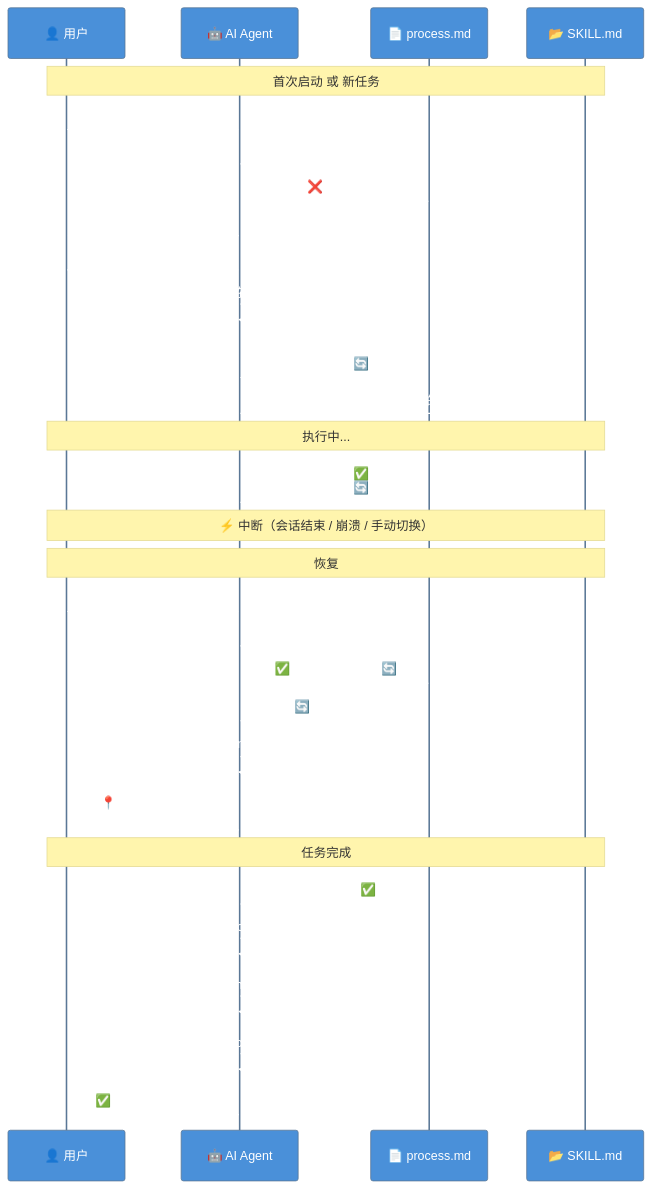
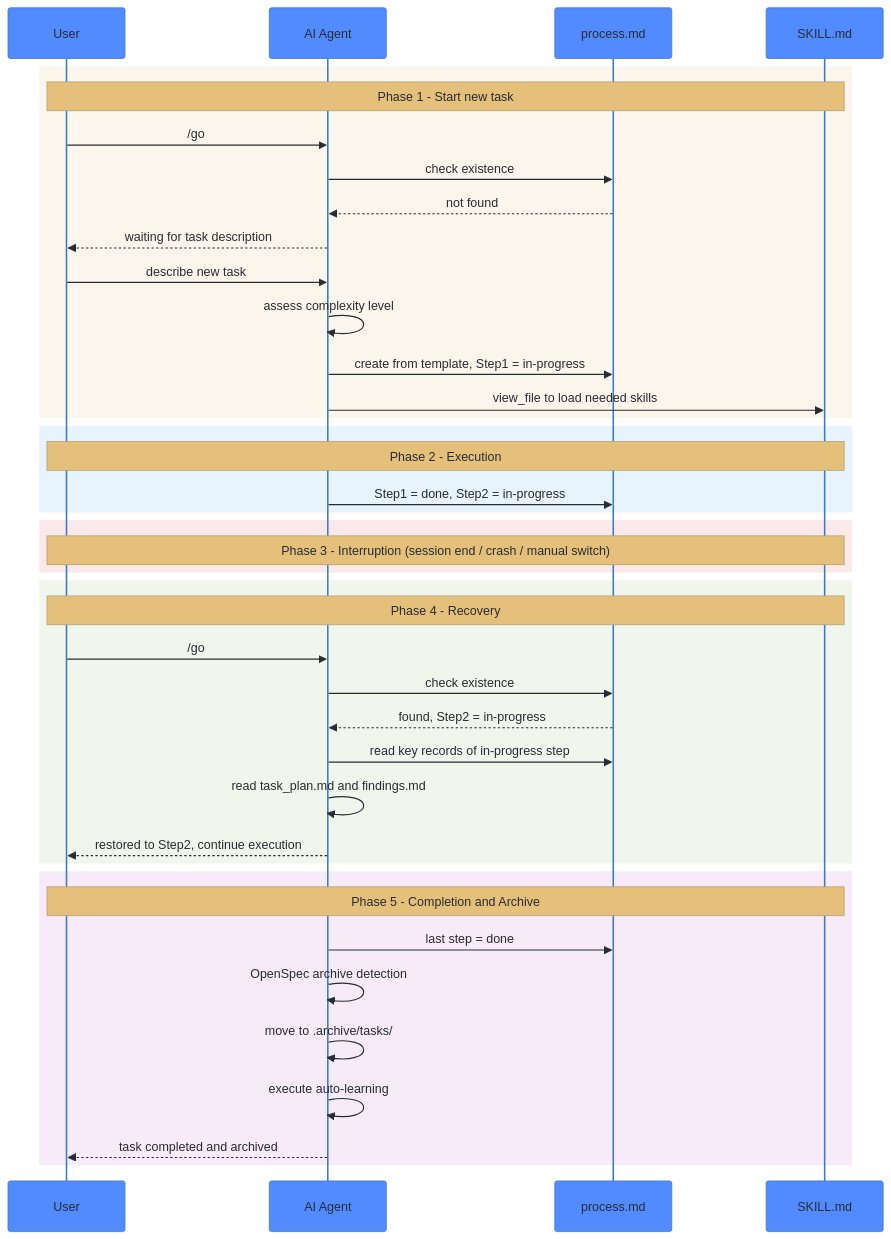
The diagram in docs/mermaid-src/06-recovery.mmd (parker-swj/dev-skills-kit), drawn with Mermaid before and after one commit. The commit also changed 1 other file, not shown here.

Commit message:
fix: 修复 06-recovery 时序图渲染问题（去 emoji，用 rect 分区）

```diff
--- a/docs/mermaid-src/06-recovery.mmd
+++ b/docs/mermaid-src/06-recovery.mmd
@@ -1,38 +1,47 @@
-%%{init: {'theme': 'base', 'themeVariables': {'primaryColor': '#4A90D9', 'primaryTextColor': '#fff', 'lineColor': '#5C6370'}}}%%
+%%{init: {'theme': 'base', 'themeVariables': {'primaryColor': '#4A90D9', 'primaryTextColor': '#fff', 'lineColor': '#5C6370', 'actorTextColor': '#282C34', 'actorBkg': '#528BFF', 'actorBorder': '#3A7BC8', 'signalColor': '#282C34', 'signalTextColor': '#282C34', 'noteBkgColor': '#E5C07B', 'noteTextColor': '#282C34', 'activationBkgColor': '#61AFEF', 'activationBorderColor': '#528BFF', 'sequenceNumberColor': '#fff'}}}%%
 
 sequenceDiagram
-    participant U as 👤 用户
-    participant AI as 🤖 AI Agent
-    participant PM as 📄 process.md
-    participant SK as 📂 SKILL.md
+    participant U as User
+    participant AI as AI Agent
+    participant PM as process.md
+    participant SK as SKILL.md
 
-    Note over U,SK: 首次启动 或 新任务
+    rect rgba(229, 192, 123, 0.15)
+    Note over U,SK: Phase 1 - Start new task
     U->>AI: /go
-    AI->>PM: 检查 process.md 存在？
-    PM-->>AI: ❌ 不存在
-    AI-->>U: 等待新需求描述
+    AI->>PM: check existence
+    PM-->>AI: not found
+    AI-->>U: waiting for task description
+    U->>AI: describe new task
+    AI->>AI: assess complexity level
+    AI->>PM: create from template, Step1 = in-progress
+    AI->>SK: view_file to load needed skills
+    end
 
-    U->>AI: 描述新需求
-    AI->>AI: 评估复杂度等级
-    AI->>PM: 从模板创建 process.md<br/>Step 1 → 🔄
-    AI->>SK: view_file 读取需要的 SKILL.md
+    rect rgba(97, 175, 239, 0.15)
+    Note over U,SK: Phase 2 - Execution
+    AI->>PM: Step1 = done, Step2 = in-progress
+    end
 
-    Note over U,SK: 执行中...
-    AI->>PM: Step 1 → ✅<br/>Step 2 → 🔄
+    rect rgba(224, 108, 117, 0.15)
+    Note over U,SK: Phase 3 - Interruption (session end / crash / manual switch)
+    end
 
-    Note over U,SK: ⚡ 中断（会话结束 / 崩溃 / 手动切换）
+    rect rgba(152, 195, 121, 0.15)
+    Note over U,SK: Phase 4 - Recovery
+    U->>AI: /go
+    AI->>PM: check existence
+    PM-->>AI: found, Step2 = in-progress
+    AI->>PM: read key records of in-progress step
+    AI->>AI: read task_plan.md and findings.md
+    AI-->>U: restored to Step2, continue execution
+    end
 
-    Note over U,SK: 恢复
-    U->>AI: /go
-    AI->>PM: 检查 process.md 存在？
-    PM-->>AI: ✅ 存在，Step 2 = 🔄
-    AI->>PM: 读取 🔄 步骤的关键记录
-    AI->>AI: 读取 task_plan.md / findings.md
-    AI-->>U: 📍 已恢复到 Step 2<br/>继续执行...
-
-    Note over U,SK: 任务完成
-    AI->>PM: 最后一步 → ✅
-    AI->>AI: OpenSpec 归档检测
-    AI->>AI: 移入 .archive/tasks/
-    AI->>AI: 执行 auto-learning
-    AI-->>U: ✅ 任务已完成并归档
+    rect rgba(198, 120, 221, 0.15)
+    Note over U,SK: Phase 5 - Completion and Archive
+    AI->>PM: last step = done
+    AI->>AI: OpenSpec archive detection
+    AI->>AI: move to .archive/tasks/
+    AI->>AI: execute auto-learning
+    AI-->>U: task completed and archived
+    end
```
